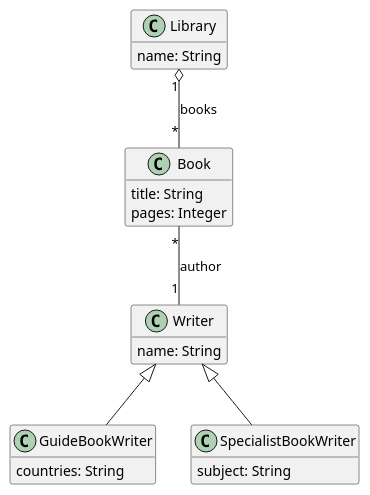
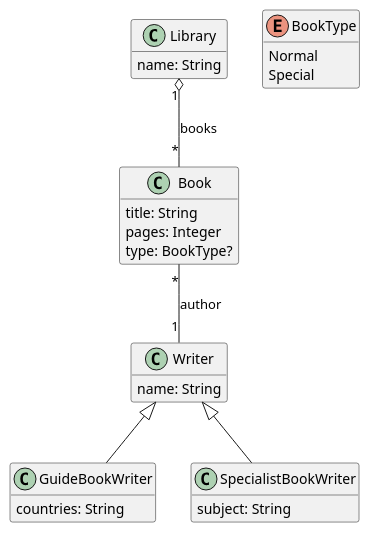
The diagram in diagrams/library-gen.puml (LionWeb-io/lionweb-typescript), drawn with PlantUML before and after one commit. The commit also changed 20 other files, not shown here.

```diff
--- a/diagrams/library-gen.puml
+++ b/diagrams/library-gen.puml
@@ -1,38 +1,45 @@
 @startuml
 hide empty members
 
 ' qualified name: "library"
 
 
 class Book {
   title: String
   pages: Integer
+  type: BookType?
+}
+
+enum BookType {
+  Normal
+  Special
 }
 
 class GuideBookWriter extends Writer {
   countries: String
 }
 
 class Library {
   name: String
 }
 
 class SpecialistBookWriter extends Writer {
   subject: String
 }
 
 class Writer {
   name: String
 }
 
 
 
 ' relations:
 
 Book "*" -- "1" Writer: author
 
+
 Library "1" o-- "*" Book: books
 
 
 
 @enduml
```
